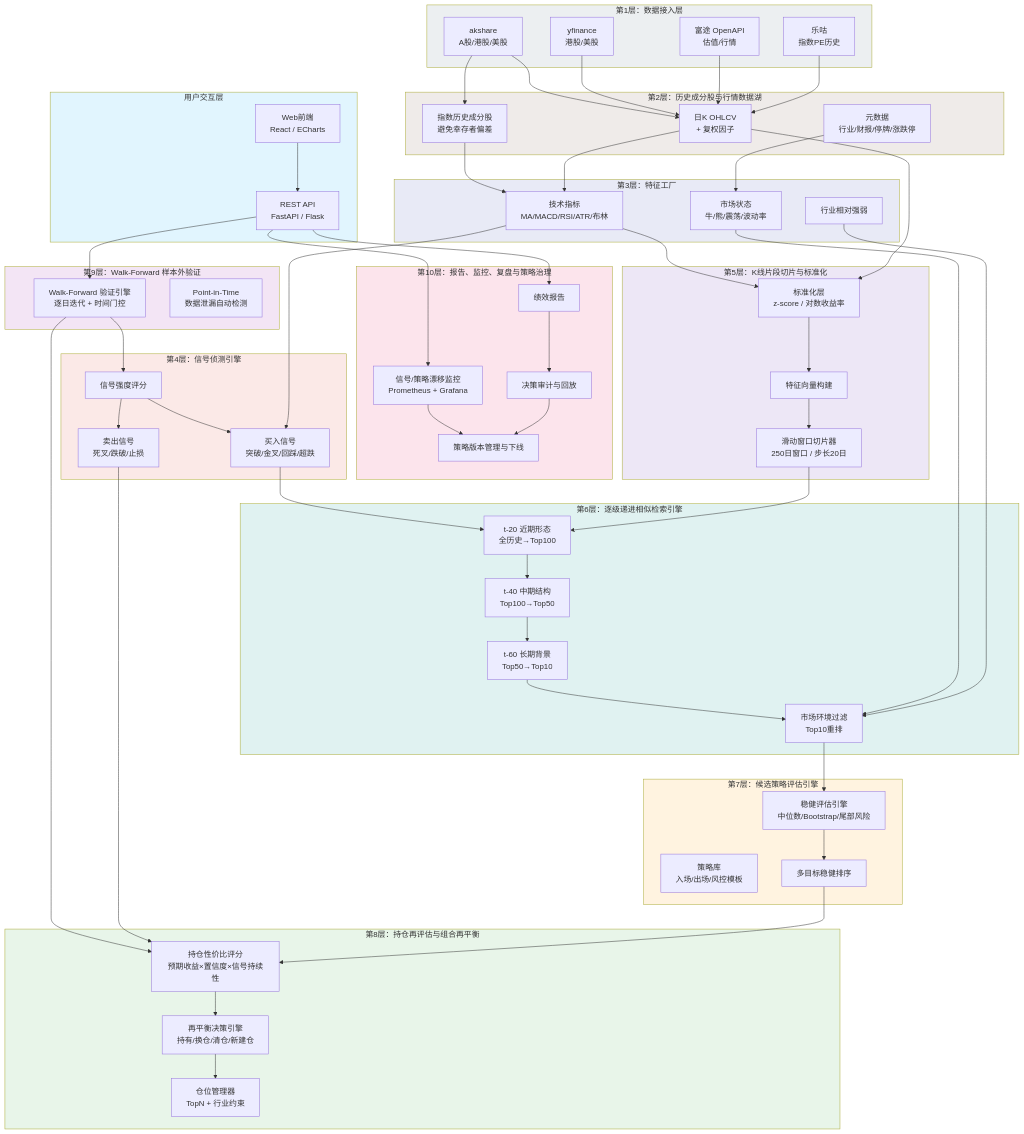
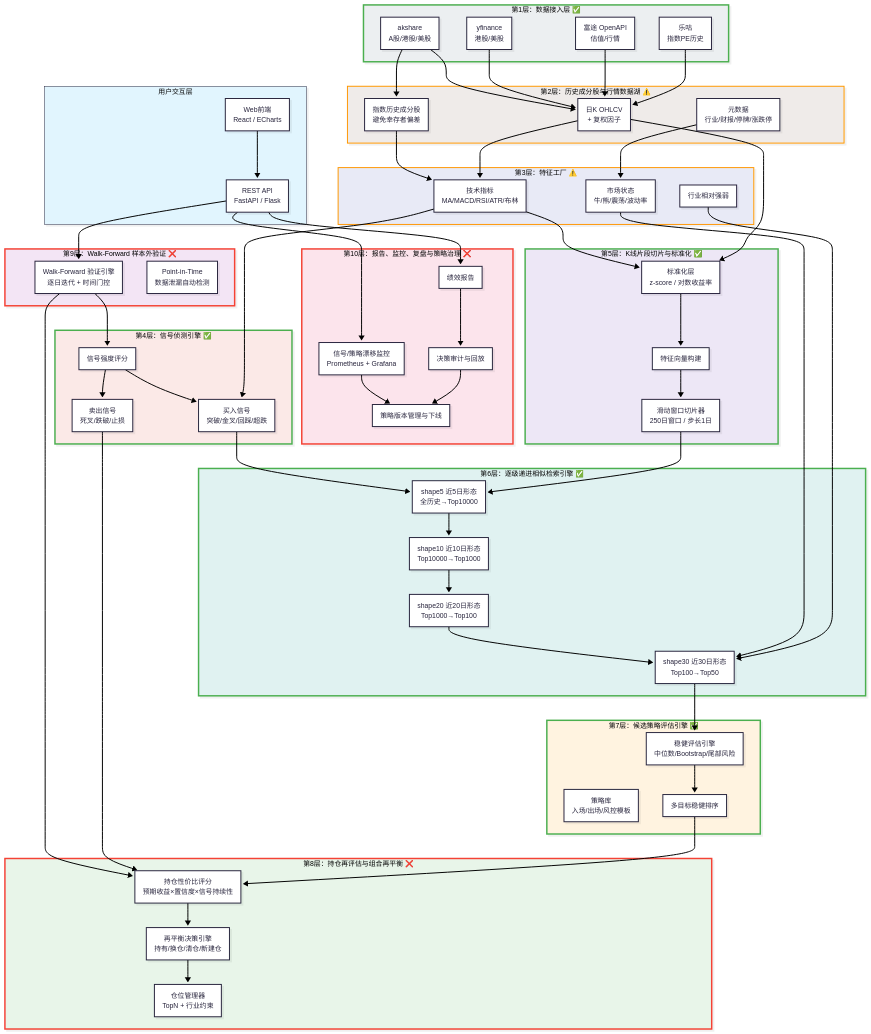
Before and after one commit to treachery/trade: the first of 7 diagrams in docs/pattern_matching/quant_strategy_system_master_plan.md, drawn with Mermaid. The commit also changed other lines of this file, not shown here.

````diff
--- a/docs/pattern_matching/quant_strategy_system_master_plan.md
+++ b/docs/pattern_matching/quant_strategy_system_master_plan.md
@@ -145,66 +145,72 @@
 ```mermaid
+---
+config:
+  look: neo
+  theme: redux
+  layout: dagre
+---
 graph TB
     subgraph 用户交互层
         UI[Web前端<br/>React / ECharts]
         API[REST API<br/>FastAPI / Flask]
     end
 
-    subgraph 第10层_治理["第10层：报告、监控、复盘与策略治理"]
+    subgraph 第10层_治理["第10层：报告、监控、复盘与策略治理 ❌"]
         REPORT[绩效报告]
         MONITOR[信号/策略漂移监控<br/>Prometheus + Grafana]
         AUDIT[决策审计与回放]
         GOVERN[策略版本管理与下线]
     end
 
-    subgraph 第9层_WF["第9层：Walk-Forward 样本外验证"]
+    subgraph 第9层_WF["第9层：Walk-Forward 样本外验证 ❌"]
         WF_ENGINE[Walk-Forward 验证引擎<br/>逐日迭代 + 时间门控]
         PIT_CHECK[Point-in-Time<br/>数据泄漏自动检测]
     end
 
-    subgraph 第8层_再平衡["第8层：持仓再评估与组合再平衡"]
+    subgraph 第8层_再平衡["第8层：持仓再评估与组合再平衡 ❌"]
         HOLDING_SCORE[持仓性价比评分<br/>预期收益×置信度×信号持续性]
         REBALANCE[再平衡决策引擎<br/>持有/换仓/清仓/新建仓]
         POSITION_MGR[仓位管理器<br/>TopN + 行业约束]
     end
 
-    subgraph 第7层_策略评估["第7层：候选策略评估引擎"]
+    subgraph 第7层_策略评估["第7层：候选策略评估引擎 ✅"]
         STRATEGY_LIB[策略库<br/>入场/出场/风控模板]
         EVAL_ENGINE[稳健评估引擎<br/>中位数/Bootstrap/尾部风险]
         RANKING[多目标稳健排序]
     end
 
-    subgraph 第6层_检索["第6层：逐级递进相似检索引擎"]
-        L1[t-20 近期形态<br/>全历史→Top100]
-        L2[t-40 中期结构<br/>Top100→Top50]
-        L3[t-60 长期背景<br/>Top50→Top10]
-        L4[市场环境过滤<br/>Top10重排]
+    subgraph 第6层_检索["第6层：逐级递进相似检索引擎 ✅"]
+        L1[shape5 近5日形态<br/>全历史→Top10000]
+        L2[shape10 近10日形态<br/>Top10000→Top1000]
+        L3[shape20 近20日形态<br/>Top1000→Top100]
+        L4[shape30 近30日形态<br/>Top100→Top50]
     end
 
-    subgraph 第5层_切片["第5层：K线片段切片与标准化"]
-        SLICER[滑动窗口切片器<br/>250日窗口 / 步长20日]
+    subgraph 第5层_切片["第5层：K线片段切片与标准化 ✅"]
+        SLICER[滑动窗口切片器<br/>250日窗口 / 步长1日]
         NORM[标准化层<br/>z-score / 对数收益率]
         FEAT_VEC[特征向量构建]
     end
 
-    subgraph 第4层_信号["第4层：信号侦测引擎"]
+    subgraph 第4层_信号["第4层：信号侦测引擎 ✅"]
         BUY_SIG[买入信号<br/>突破/金叉/回踩/超跌]
         SELL_SIG[卖出信号<br/>死叉/跌破/止损]
         SIG_SCORE[信号强度评分]
     end
 
-    subgraph 第3层_特征["第3层：特征工厂"]
+    subgraph 第3层_特征["第3层：特征工厂 ⚠️"]
         TECH_IND[技术指标<br/>MA/MACD/RSI/ATR/布林]
         MARKET_REGIME[市场状态<br/>牛/熊/震荡/波动率]
         SECTOR_STR[行业相对强弱]
     end
 
-    subgraph 第2层_数据湖["第2层：历史成分股与行情数据湖"]
+    subgraph 第2层_数据湖["第2层：历史成分股与行情数据湖 ⚠️"]
         IDX_MEMBER[指数历史成分股<br/>避免幸存者偏差]
         OHLCV[日K OHLCV<br/>+ 复权因子]
         META[元数据<br/>行业/财报/停牌/涨跌停]
     end
 
-    subgraph 第1层_接入["第1层：数据接入层"]
+    subgraph 第1层_接入["第1层：数据接入层 ✅"]
         AKSHARE[akshare<br/>A股/港股/美股]
         YFINANCE[yfinance<br/>港股/美股]
         FUTU[富途 OpenAPI<br/>估值/行情]
@@ -256,14 +262,14 @@
     AUDIT --> GOVERN
 
     style 用户交互层 fill:#e1f5fe
-    style 第10层_治理 fill:#fce4ec
-    style 第9层_WF fill:#f3e5f5
-    style 第8层_再平衡 fill:#e8f5e9
-    style 第7层_策略评估 fill:#fff3e0
-    style 第6层_检索 fill:#e0f2f1
-    style 第5层_切片 fill:#ede7f6
-    style 第4层_信号 fill:#fbe9e7
-    style 第3层_特征 fill:#e8eaf6
-    style 第2层_数据湖 fill:#efebe9
-    style 第1层_接入 fill:#eceff1
+    style 第10层_治理 fill:#fce4ec,stroke:#f44336,stroke-width:3px
+    style 第9层_WF fill:#f3e5f5,stroke:#f44336,stroke-width:3px
+    style 第8层_再平衡 fill:#e8f5e9,stroke:#f44336,stroke-width:3px
+    style 第7层_策略评估 fill:#fff3e0,stroke:#4caf50,stroke-width:3px
+    style 第6层_检索 fill:#e0f2f1,stroke:#4caf50,stroke-width:3px
+    style 第5层_切片 fill:#ede7f6,stroke:#4caf50,stroke-width:3px
+    style 第4层_信号 fill:#fbe9e7,stroke:#4caf50,stroke-width:3px
+    style 第3层_特征 fill:#e8eaf6,stroke:#ff9800,stroke-width:2px
+    style 第2层_数据湖 fill:#efebe9,stroke:#ff9800,stroke-width:2px
+    style 第1层_接入 fill:#eceff1,stroke:#4caf50,stroke-width:3px
 ```
````
